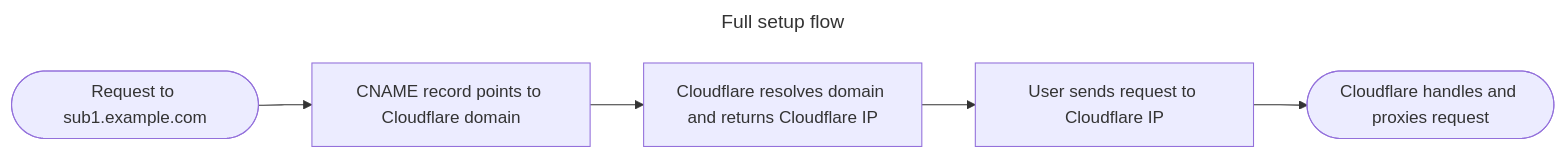
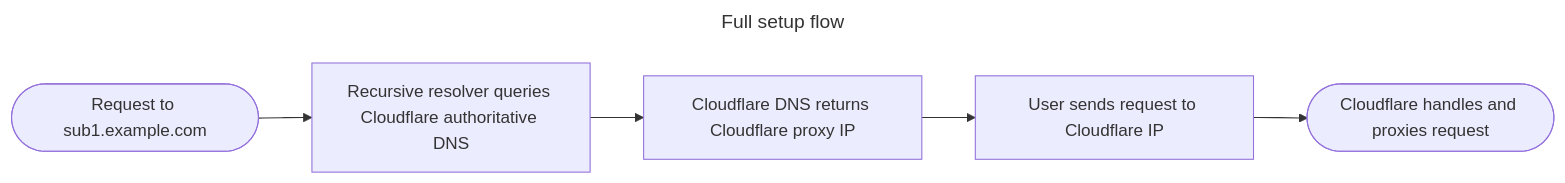
One commit to PhilT95/athenlyx changed the second of 4 diagrams in docs/blue-sec/web-sec/cloudflare/index.md. Above: the diagram before and after it, drawn with Mermaid. The commit also changed other lines of this file, not shown here.

Commit message:
fixed and added Cloudflare DNS setup diagrams

````diff
--- a/docs/blue-sec/web-sec/cloudflare/index.md
+++ b/docs/blue-sec/web-sec/cloudflare/index.md
@@ -62,10 +62,10 @@
 ```mermaid
 ---
 title: Full setup flow
 ---
 graph LR
-A([Request to sub1.example.com]) --> B[CNAME record points to Cloudflare domain];
-B --> C[Cloudflare resolves domain and returns Cloudflare IP];
+A([Request to sub1.example.com]) --> B[Recursive resolver queries Cloudflare authoritative DNS];
+B --> C[Cloudflare DNS returns Cloudflare proxy IP];
 C --> D[User sends request to Cloudflare IP];
 D --> E([Cloudflare handles and proxies request]);
 ```
````
